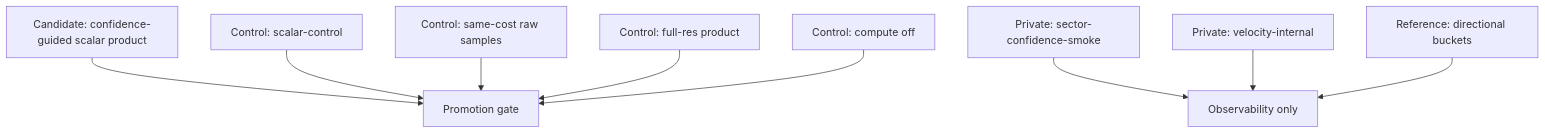
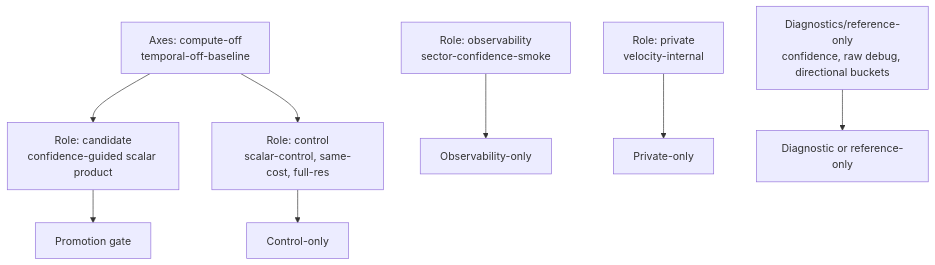
The diagram in openspec/changes/vbao-product-quality-hardening-10x/sdd-plan.md (tonyblu331/HorizonAO), drawn with Mermaid before and after one commit. The commit also changed other lines of this file and 6 other files, not shown here.

````diff
--- a/openspec/changes/vbao-product-quality-hardening-10x/sdd-plan.md
+++ b/openspec/changes/vbao-product-quality-hardening-10x/sdd-plan.md
@@ -28,11 +56,10 @@
 ```mermaid
 flowchart TD
-  A["Candidate: confidence-guided scalar product"] --> G["Promotion gate"]
-  B["Control: scalar-control"] --> G
-  C["Control: same-cost raw samples"] --> G
-  D["Control: full-res product"] --> G
-  E["Control: compute off"] --> G
-  F["Private: sector-confidence-smoke"] --> H["Observability only"]
-  I["Private: velocity-internal"] --> H
-  J["Reference: directional buckets"] --> H
+  A["Role: candidate<br/>confidence-guided scalar product"] --> G["Promotion gate"]
+  B["Role: control<br/>scalar-control, same-cost, full-res"] --> H["Control-only"]
+  C["Role: observability<br/>sector-confidence-smoke"] --> I["Observability-only"]
+  D["Role: private<br/>velocity-internal"] --> J["Private-only"]
+  E["Axes: compute-off<br/>temporal-off-baseline"] --> A
+  E --> B
+  F["Diagnostics/reference-only<br/>confidence, raw debug, directional buckets"] --> K["Diagnostic or reference-only"]
 ```
````
